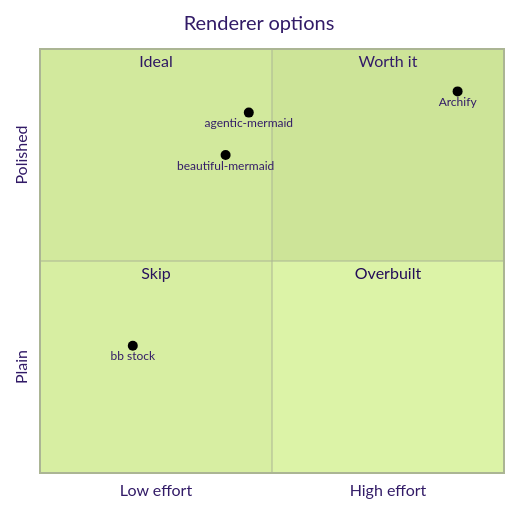
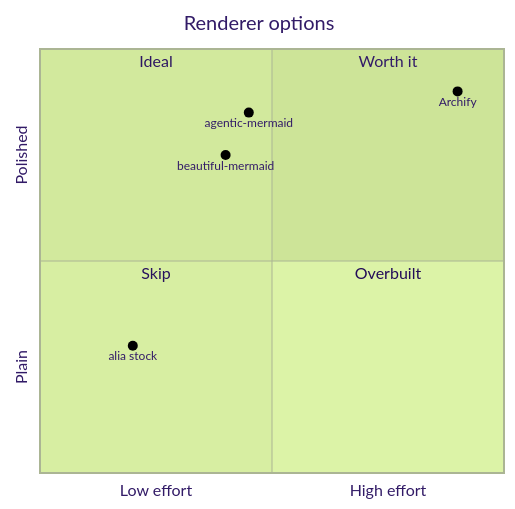
Diagram 11 of 18 in plugins/agentic-mermaid/gallery.md (Vesnalia/vesnalia-plugins), drawn with Mermaid (forest theme) before and after one commit. The commit also changed other lines of this file and 13306 other files, not shown here.

````diff
--- a/plugins/agentic-mermaid/gallery.md
+++ b/plugins/agentic-mermaid/gallery.md
@@ -167,14 +167,14 @@
 ```mermaid
 quadrantChart
   title Renderer options
   x-axis Low effort --> High effort
   y-axis Plain --> Polished
   quadrant-1 Worth it
   quadrant-2 Ideal
   quadrant-3 Skip
   quadrant-4 Overbuilt
-  bb stock: [0.2, 0.3]
+  alia stock: [0.2, 0.3]
   beautiful-mermaid: [0.4, 0.75]
   agentic-mermaid: [0.45, 0.85]
   Archify: [0.9, 0.9]
 ```
````
